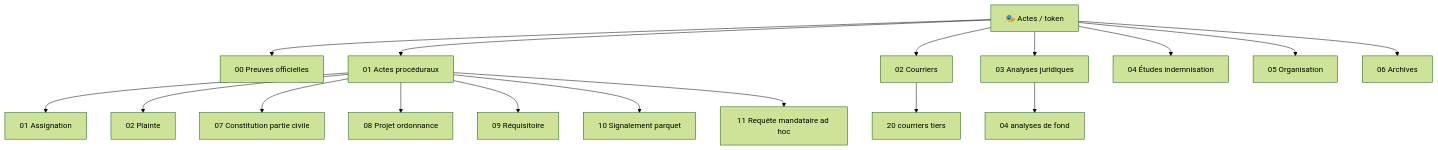
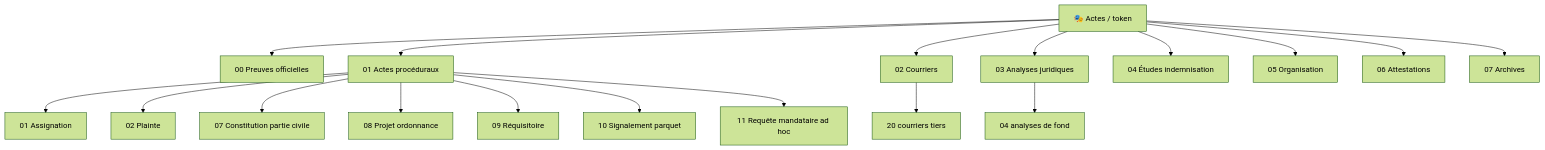
Before and after one commit to criloOcom/accident-main: the diagram in Actes/Token/README.md, drawn with Mermaid (forest theme). The commit also changed other lines of this file and 171 other files, not shown here.

````diff
--- a/Actes/Token/README.md
+++ b/Actes/Token/README.md
@@ -45,19 +47,20 @@
 ```mermaid
 graph TD
     A[🎭 Actes / token] --> B[00 Preuves officielles]
     A --> C[01 Actes procéduraux]
     A --> D[02 Courriers]
     A --> E[03 Analyses juridiques]
     A --> F[04 Études indemnisation]
     A --> G[05 Organisation]
-    A --> H[06 Archives]
+    A --> H[06 Attestations]
+    A --> I[07 Archives]
     C --> C1[01 Assignation]
     C --> C2[02 Plainte]
     C --> C3[07 Constitution partie civile]
     C --> C4[08 Projet ordonnance]
     C --> C5[09 Réquisitoire]
     C --> C6[10 Signalement parquet]
     C --> C7[11 Requête mandataire ad hoc]
     D --> D1[20 courriers tiers]
     E --> E1[04 analyses de fond]
 ```
````
